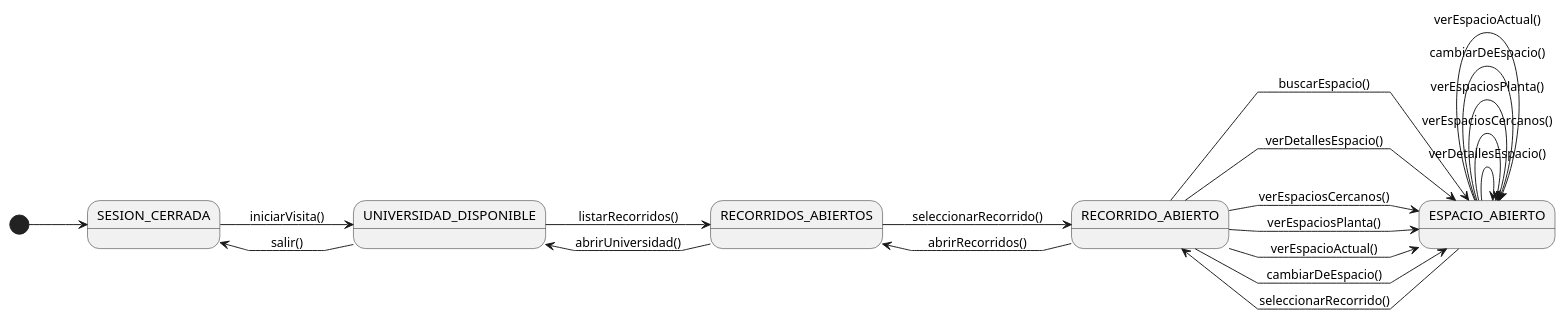
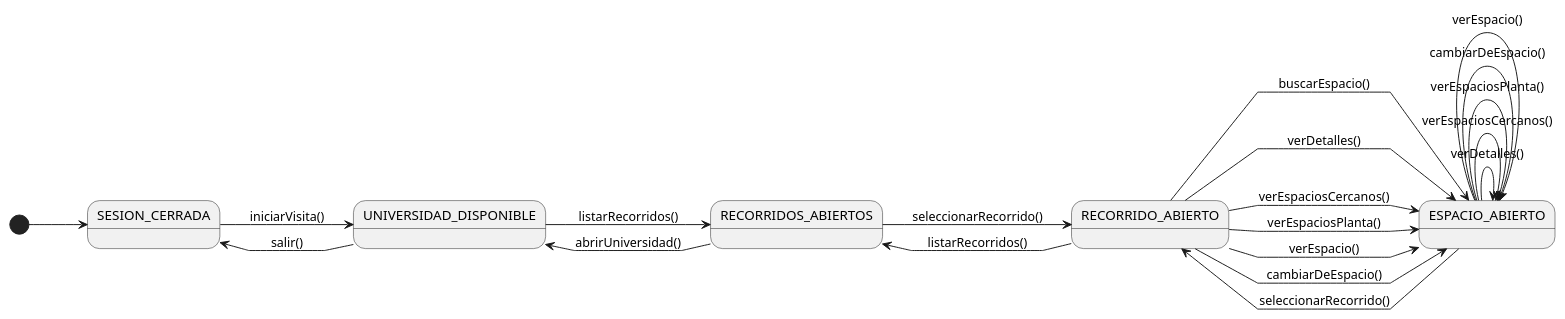
Before and after one commit to Camila-Lesly/25-26-idsw1-sdr: the diagram in documentos/01-casoDeUso/2-DiagramaDeContexto/diagramaDeContextoVisitante.puml, drawn with PlantUML. The commit also changed 14 other files, not shown here.

Commit message:
docs: cambios para consistencia entre diagramas

```diff
--- a/documentos/01-casoDeUso/2-DiagramaDeContexto/diagramaDeContextoVisitante.puml
+++ b/documentos/01-casoDeUso/2-DiagramaDeContexto/diagramaDeContextoVisitante.puml
@@ -1,42 +1,42 @@
 @startuml diagrama-contexto-visitante
 left to right direction
 skinparam linetype polyline
 
 state "SESION_CERRADA" as NoAuth
 state "UNIVERSIDAD_DISPONIBLE" as Universidad
 state "RECORRIDOS_ABIERTOS" as ListRecorridos
 state "RECORRIDO_ABIERTO" as Recorrido
 state "ESPACIO_ABIERTO" as Espacio
 
 
 [*] --> NoAuth
 
 ' --- Inicio y salida ---
 NoAuth --> Universidad : iniciarVisita()
 Universidad --> NoAuth : salir()
 
 ' --- Recorridos disponibles ---
 Universidad --> ListRecorridos : listarRecorridos()
 ListRecorridos --> Universidad : abrirUniversidad()
 
 ' --- Seleccionar recorrido ---
 ListRecorridos --> Recorrido : seleccionarRecorrido()
-Recorrido --> ListRecorridos : abrirRecorridos()
+Recorrido --> ListRecorridos : listarRecorridos()
 
 ' --- Acciones sobre espacio ---
 Recorrido --> Espacio : buscarEspacio()
-Recorrido --> Espacio : verDetallesEspacio()
+Recorrido --> Espacio : verDetalles()
 Recorrido --> Espacio : verEspaciosCercanos()
 Recorrido --> Espacio : verEspaciosPlanta()
-Recorrido --> Espacio : verEspacioActual()
+Recorrido --> Espacio : verEspacio()
 Recorrido --> Espacio : cambiarDeEspacio()
 
 
-Espacio --> Espacio : verDetallesEspacio()
+Espacio --> Espacio : verDetalles()
 Espacio --> Espacio : verEspaciosCercanos()
 Espacio --> Espacio : verEspaciosPlanta()
 Espacio --> Espacio : cambiarDeEspacio()
-Espacio --> Espacio : verEspacioActual()
+Espacio --> Espacio : verEspacio()
 Espacio --> Recorrido :seleccionarRecorrido()
 
 @enduml
```
